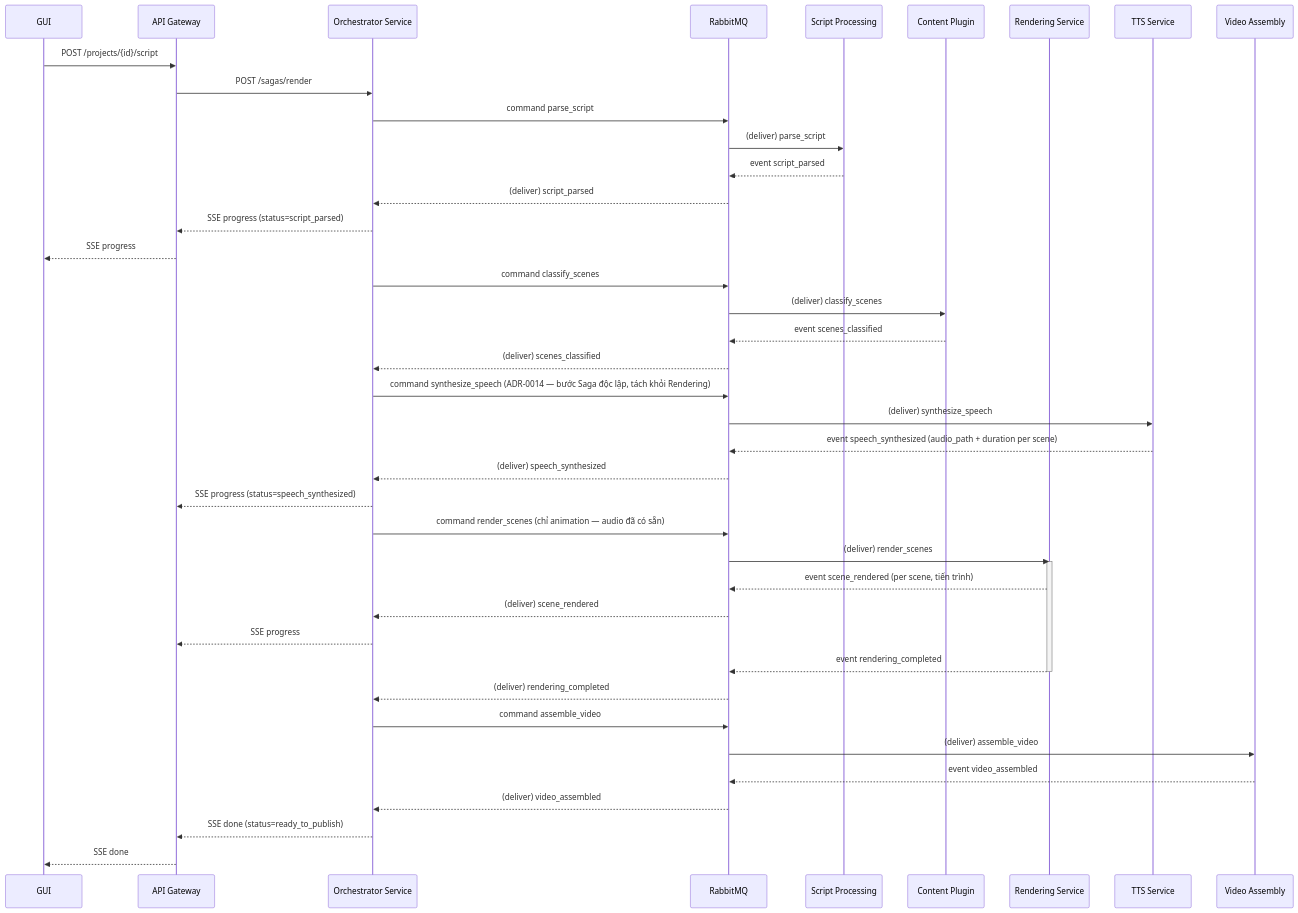
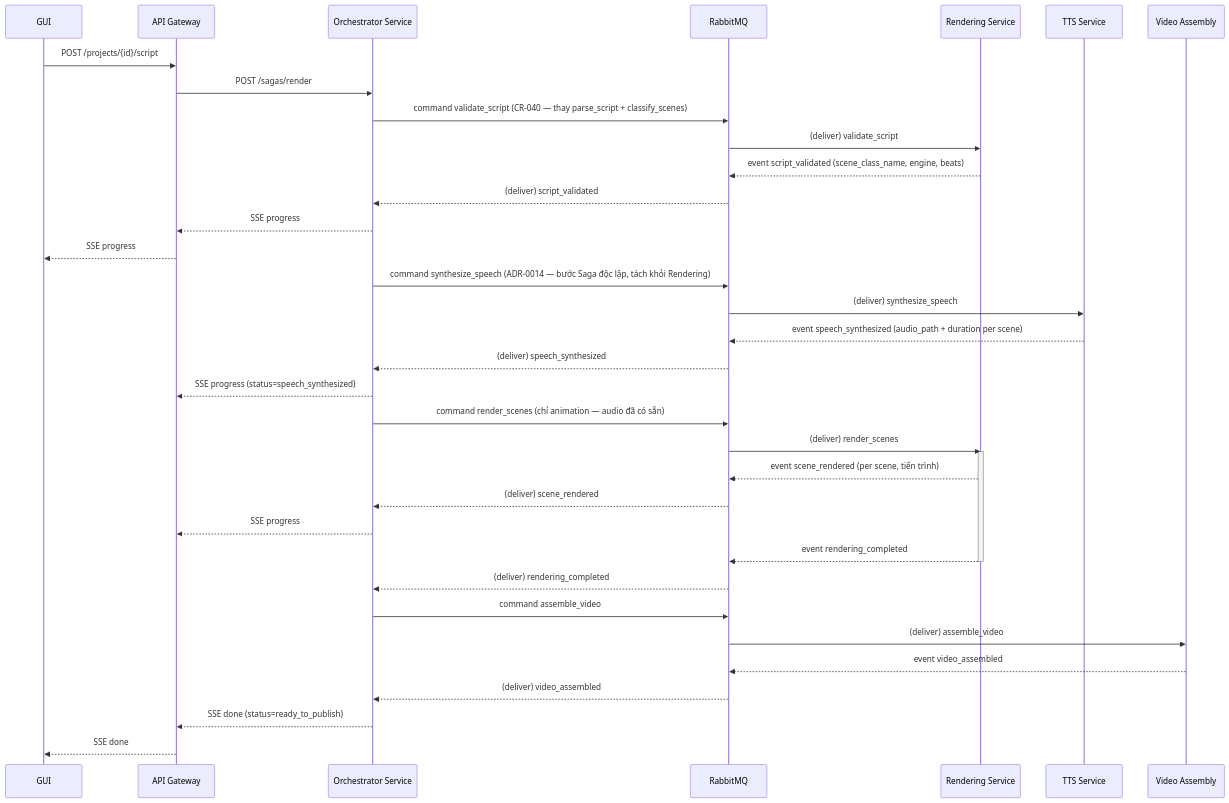
One commit to ngoc31031997/ConceptFlow changed the first of 2 diagrams in aidlc-docs/inception/application-design/services.md. Above: the diagram before and after it, drawn with Mermaid. The commit also changed other lines of this file and 90 other files, not shown here.

````diff
--- a/aidlc-docs/inception/application-design/services.md
+++ b/aidlc-docs/inception/application-design/services.md
@@ -9,49 +11,42 @@
 ```mermaid
 sequenceDiagram
     participant GUI
     participant GW as API Gateway
     participant ORCH as Orchestrator Service
     participant MQ as RabbitMQ
-    participant SP as Script Processing
-    participant CP as Content Plugin
     participant RD as Rendering Service
     participant TTS as TTS Service
     participant VA as Video Assembly
 
     GUI->>GW: POST /projects/{id}/script
     GW->>ORCH: POST /sagas/render
-    ORCH->>MQ: command parse_script
-    MQ->>SP: (deliver) parse_script
-    SP-->>MQ: event script_parsed
-    MQ-->>ORCH: (deliver) script_parsed
-    ORCH-->>GW: SSE progress (status=script_parsed)
+    ORCH->>MQ: command validate_script (CR-040 — thay parse_script + classify_scenes)
+    MQ->>RD: (deliver) validate_script
+    RD-->>MQ: event script_validated (scene_class_name, engine, beats)
+    MQ-->>ORCH: (deliver) script_validated
+    ORCH-->>GW: SSE progress
     GW-->>GUI: SSE progress
-
-    ORCH->>MQ: command classify_scenes
-    MQ->>CP: (deliver) classify_scenes
-    CP-->>MQ: event scenes_classified
-    MQ-->>ORCH: (deliver) scenes_classified
 
     ORCH->>MQ: command synthesize_speech (ADR-0014 — bước Saga độc lập, tách khỏi Rendering)
     MQ->>TTS: (deliver) synthesize_speech
     TTS-->>MQ: event speech_synthesized (audio_path + duration per scene)
     MQ-->>ORCH: (deliver) speech_synthesized
     ORCH-->>GW: SSE progress (status=speech_synthesized)
 
     ORCH->>MQ: command render_scenes (chỉ animation — audio đã có sẵn)
     MQ->>RD: (deliver) render_scenes
     activate RD
     RD-->>MQ: event scene_rendered (per scene, tiến trình)
     MQ-->>ORCH: (deliver) scene_rendered
     ORCH-->>GW: SSE progress
     RD-->>MQ: event rendering_completed
     deactivate RD
     MQ-->>ORCH: (deliver) rendering_completed
 
     ORCH->>MQ: command assemble_video
     MQ->>VA: (deliver) assemble_video
     VA-->>MQ: event video_assembled
     MQ-->>ORCH: (deliver) video_assembled
     ORCH-->>GW: SSE done (status=ready_to_publish)
     GW-->>GUI: SSE done
 ```
````
